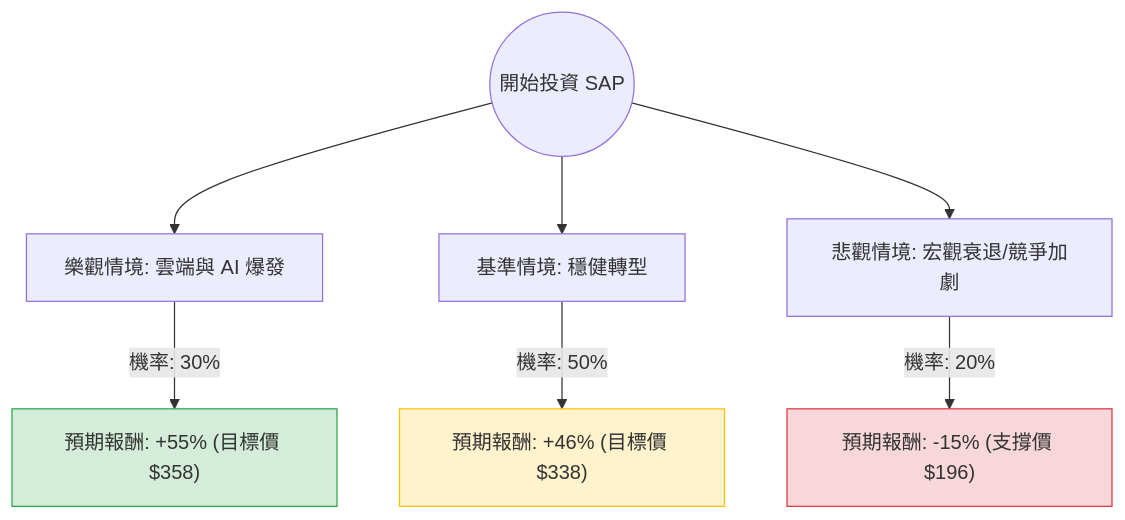
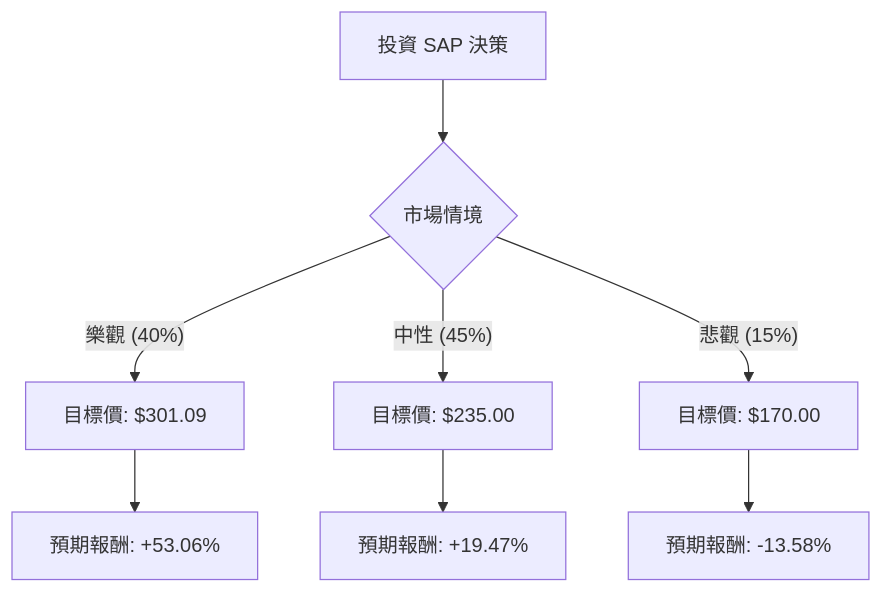
Before and after one commit to zmcx16/zmcx16.github.io: the diagram in plugin-react/ai-analysis/ev-analysis/SAP.md, drawn with Mermaid. The commit also changed other lines of this file and 95 other files, not shown here.

````diff
--- a/plugin-react/ai-analysis/ev-analysis/SAP.md
+++ b/plugin-react/ai-analysis/ev-analysis/SAP.md
@@ -21,14 +19,12 @@
 ```mermaid
 graph TD
-    Start((開始投資 SAP)) --> Bull[樂觀情境: 雲端與 AI 爆發]
-    Start --> Base[基準情境: 穩健轉型]
-    Start --> Bear[悲觀情境: 宏觀衰退/競爭加劇]
+    A[投資 SAP 決策] --> B{市場情境}
+    
+    B -- 樂觀 (40%) --> C[目標價: $301.09]
+    B -- 中性 (45%) --> D[目標價: $235.00]
+    B -- 悲觀 (15%) --> E[目標價: $170.00]
 
-    Bull -- "機率: 30%" --> BullResult["預期報酬: +55% (目標價 $358)"]
-    Base -- "機率: 50%" --> BaseResult["預期報酬: +46% (目標價 $338)"]
-    Bear -- "機率: 20%" --> BearResult["預期報酬: -15% (支撐價 $196)"]
-
-    style BullResult fill:#d4edda,stroke:#28a745
-    style BaseResult fill:#fff3cd,stroke:#ffc107
-    style BearResult fill:#f8d7da,stroke:#dc3545
+    C --> F[預期報酬: +53.06%]
+    D --> G[預期報酬: +19.47%]
+    E --> H[預期報酬: -13.58%]
 ```
````
